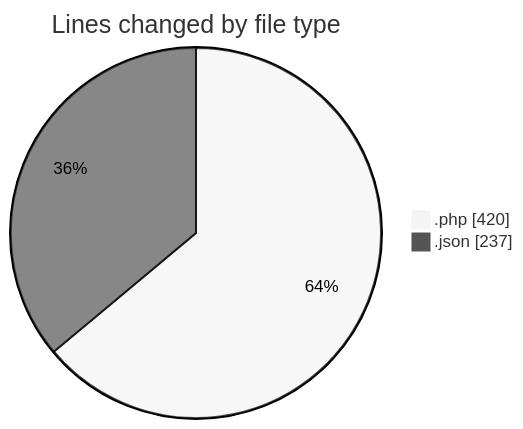
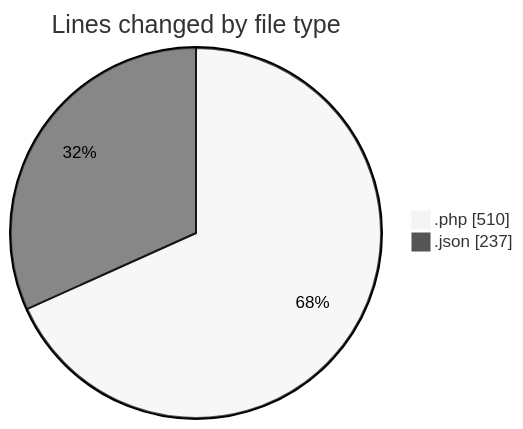
The first of 2 diagrams in 2025-05-30/studio-backend/README.md (idhammustaqopulfikri/code-tracking), drawn with Mermaid (neutral theme) before and after one commit. The commit also changed other lines of this file and 1 other file, not shown here.

````diff
--- a/2025-05-30/studio-backend/README.md
+++ b/2025-05-30/studio-backend/README.md
@@ -26,6 +27,6 @@
 ```mermaid
 pie showData
 title Lines changed by file type
-".php" : 420
+".php" : 510
 ".json" : 237
 ```
````
